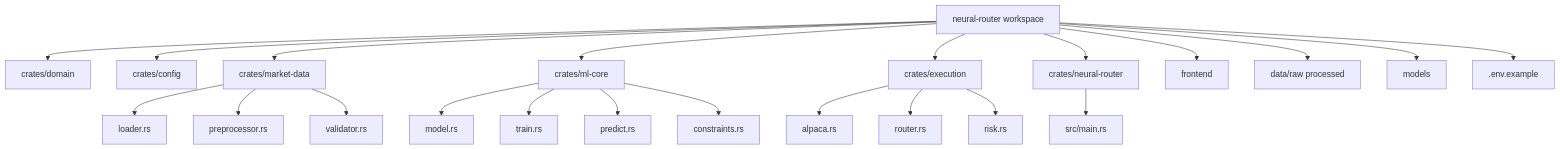
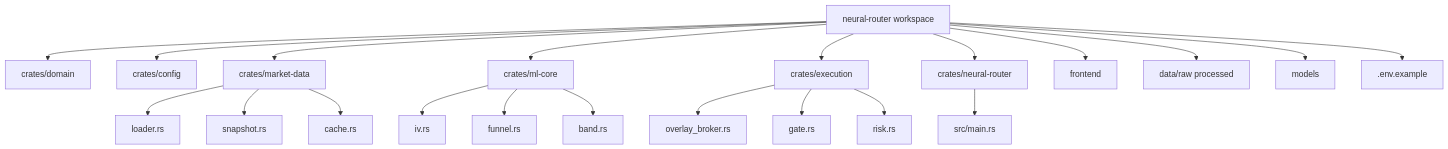
Before and after one commit to b423016/Project_alpha: the diagram in code_readme.md, drawn with Mermaid. The commit also changed other lines of this file and 36 other files, not shown here.

````diff
--- a/code_readme.md
+++ b/code_readme.md
@@ -7,28 +7,27 @@
 ```mermaid
 graph TD
     A[neural-router workspace] --> B[crates/domain]
     A --> C[crates/config]
     A --> D[crates/market-data]
     A --> E[crates/ml-core]
     A --> F[crates/execution]
     A --> G[crates/neural-router]
     A --> H[frontend]
     A --> I[data/raw processed]
     A --> J[models]
     A --> K[.env.example]
 
     D --> D1[loader.rs]
-    D --> D2[preprocessor.rs]
-    D --> D3[validator.rs]
+    D --> D2[snapshot.rs]
+    D --> D3[cache.rs]
 
-    E --> E1[model.rs]
-    E --> E2[train.rs]
-    E --> E3[predict.rs]
-    E --> E4[constraints.rs]
+    E --> E1[iv.rs]
+    E --> E2[funnel.rs]
+    E --> E3[band.rs]
 
-    F --> F1[alpaca.rs]
-    F --> F2[router.rs]
+    F --> F1[overlay_broker.rs]
+    F --> F2[gate.rs]
     F --> F3[risk.rs]
 
     G --> G1[src/main.rs]
 ```
````
